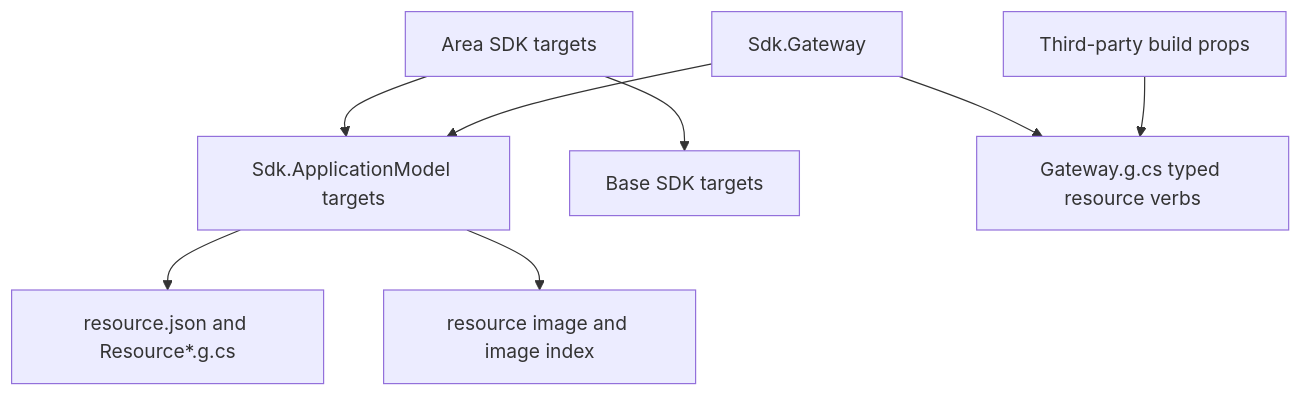
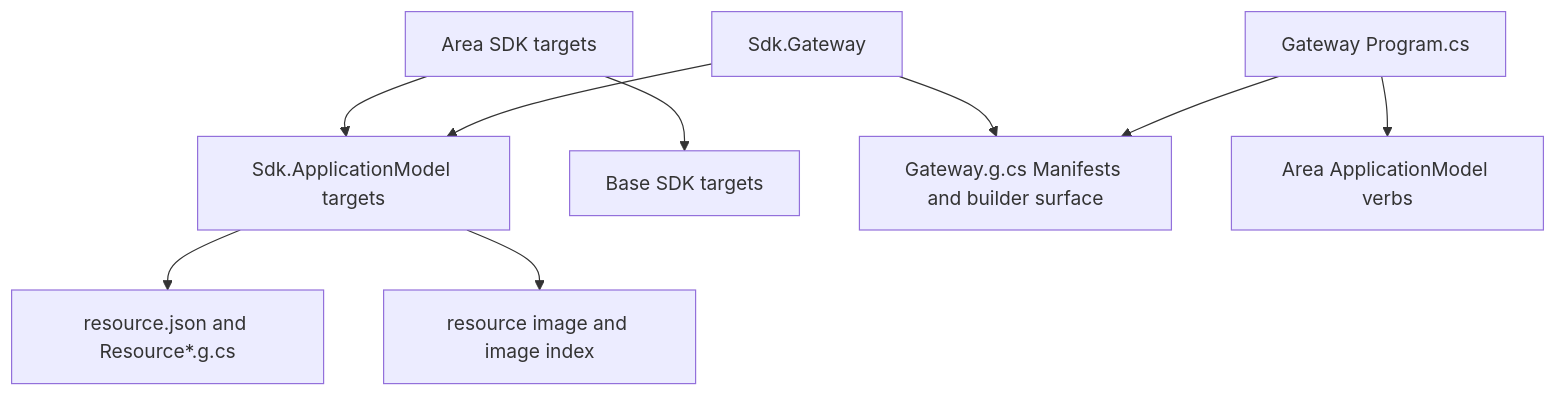
One commit to assimalign/cohesion changed the diagram in sdks/Assimalign.Cohesion.Sdk.ApplicationModel/Tasks/docs/DESIGN.md. Above: the diagram before and after it, drawn with Mermaid. The commit also changed other lines of this file and 599 other files, not shown here.

````diff
--- a/sdks/Assimalign.Cohesion.Sdk.ApplicationModel/Tasks/docs/DESIGN.md
+++ b/sdks/Assimalign.Cohesion.Sdk.ApplicationModel/Tasks/docs/DESIGN.md
@@ -13,10 +13,11 @@
 ```mermaid
 flowchart TD
     Area["Area SDK targets"] --> Model["Sdk.ApplicationModel targets"]
     Area --> Base["Base SDK targets"]
     Model --> Resource["resource.json and Resource*.g.cs"]
     Model --> Image["resource image and image index"]
     Gateway["Sdk.Gateway"] --> Model
-    Gateway --> Typed["Gateway.g.cs typed resource verbs"]
-    Package["Third-party build props"] --> Typed
+    Gateway --> Surface["Gateway.g.cs Manifests and builder surface"]
+    Program["Gateway Program.cs"] --> Surface
+    Program --> Verbs["Area ApplicationModel verbs"]
 ```
````
